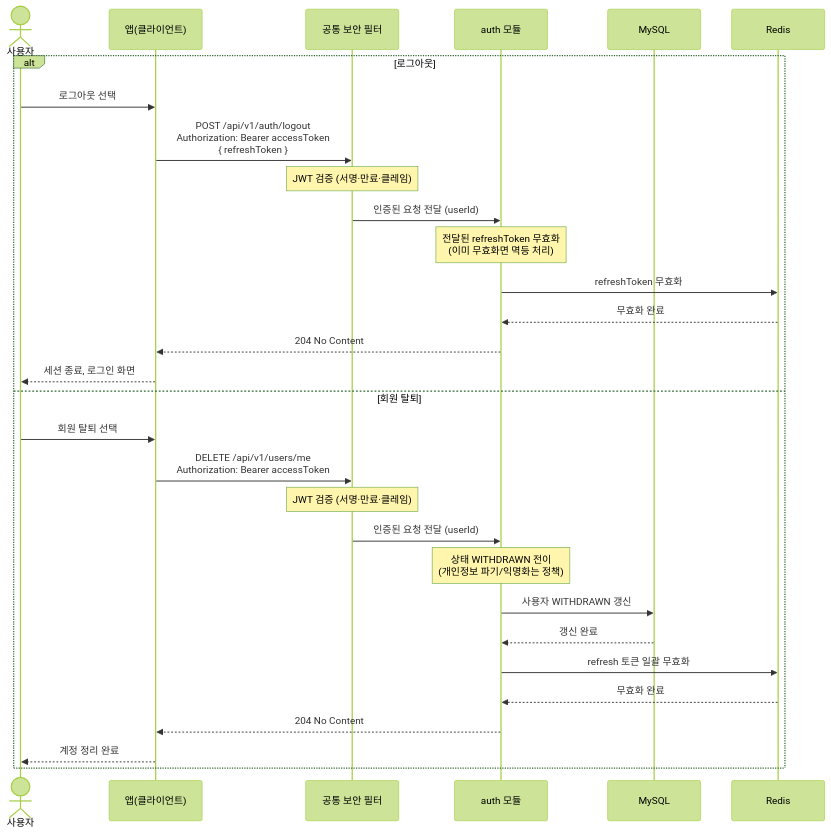
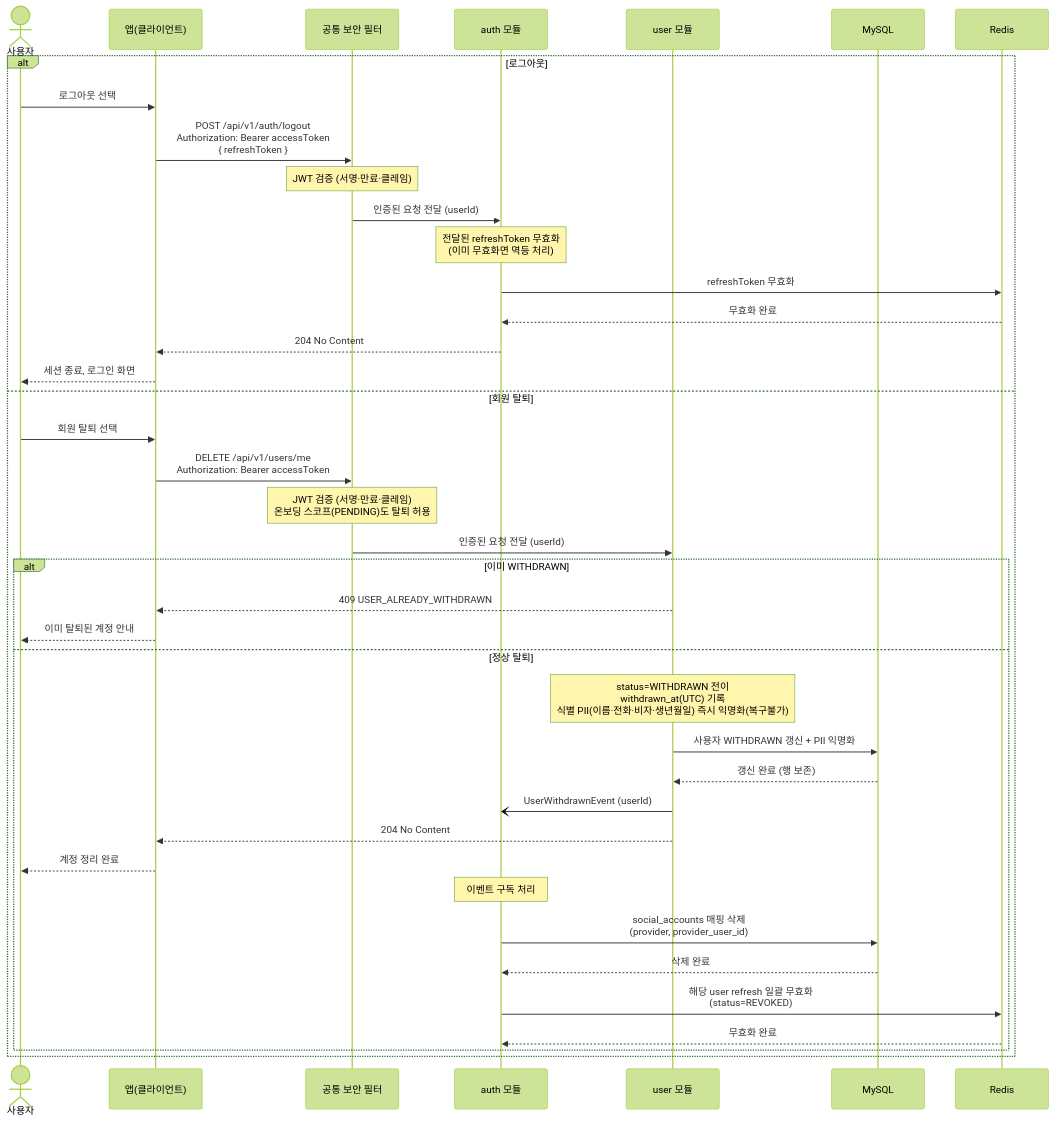
The diagram in docs/architecture/sequence-diagrams/01-auth-onboarding/us-1-4-logout-withdraw.md (jameskim9509/Kohere-backend), drawn with Mermaid (forest theme) before and after one commit. The commit also changed other lines of this file and 20 other files, not shown here.

````diff
--- a/docs/architecture/sequence-diagrams/01-auth-onboarding/us-1-4-logout-withdraw.md
+++ b/docs/architecture/sequence-diagrams/01-auth-onboarding/us-1-4-logout-withdraw.md
@@ -5,33 +5,43 @@
 ```mermaid
 sequenceDiagram
     actor U as 사용자
     participant C as 앱(클라이언트)
     participant SEC as 공통 보안 필터
     participant AUTH as auth 모듈
+    participant USER as user 모듈
     participant SQL as MySQL
     participant RDS as Redis
 
     alt 로그아웃
         U->>C: 로그아웃 선택
         C->>SEC: POST /api/v1/auth/logout<br/>Authorization: Bearer accessToken<br/>{ refreshToken }
         Note over SEC: JWT 검증 (서명·만료·클레임)
         SEC->>AUTH: 인증된 요청 전달 (userId)
         Note over AUTH: 전달된 refreshToken 무효화<br/>(이미 무효화면 멱등 처리)
         AUTH->>RDS: refreshToken 무효화
         RDS-->>AUTH: 무효화 완료
         AUTH-->>C: 204 No Content
         C-->>U: 세션 종료, 로그인 화면
     else 회원 탈퇴
         U->>C: 회원 탈퇴 선택
         C->>SEC: DELETE /api/v1/users/me<br/>Authorization: Bearer accessToken
-        Note over SEC: JWT 검증 (서명·만료·클레임)
-        SEC->>AUTH: 인증된 요청 전달 (userId)
-        Note over AUTH: 상태 WITHDRAWN 전이<br/>(개인정보 파기/익명화는 정책)
-        AUTH->>SQL: 사용자 WITHDRAWN 갱신
-        SQL-->>AUTH: 갱신 완료
-        AUTH->>RDS: refresh 토큰 일괄 무효화
-        RDS-->>AUTH: 무효화 완료
-        AUTH-->>C: 204 No Content
-        C-->>U: 계정 정리 완료
+        Note over SEC: JWT 검증 (서명·만료·클레임)<br/>온보딩 스코프(PENDING)도 탈퇴 허용
+        SEC->>USER: 인증된 요청 전달 (userId)
+        alt 이미 WITHDRAWN
+            USER-->>C: 409 USER_ALREADY_WITHDRAWN
+            C-->>U: 이미 탈퇴된 계정 안내
+        else 정상 탈퇴
+            Note over USER: status=WITHDRAWN 전이<br/>withdrawn_at(UTC) 기록<br/>식별 PII(이름·전화·비자·생년월일) 즉시 익명화(복구불가)
+            USER->>SQL: 사용자 WITHDRAWN 갱신 + PII 익명화
+            SQL-->>USER: 갱신 완료 (행 보존)
+            USER-)AUTH: UserWithdrawnEvent (userId)
+            USER-->>C: 204 No Content
+            C-->>U: 계정 정리 완료
+            Note over AUTH: 이벤트 구독 처리
+            AUTH->>SQL: social_accounts 매핑 삭제<br/>(provider, provider_user_id)
+            SQL-->>AUTH: 삭제 완료
+            AUTH->>RDS: 해당 user refresh 일괄 무효화<br/>(status=REVOKED)
+            RDS-->>AUTH: 무효화 완료
+        end
     end
 ```
````
